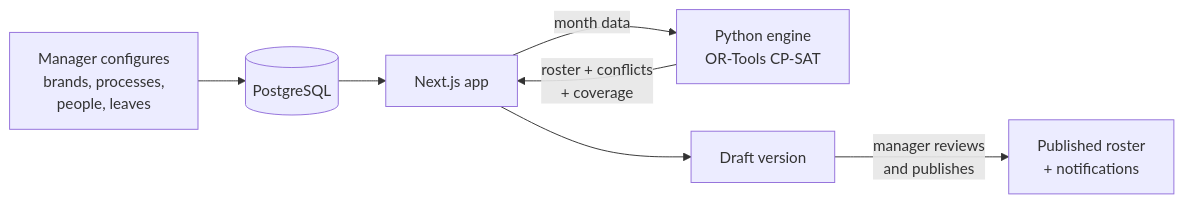
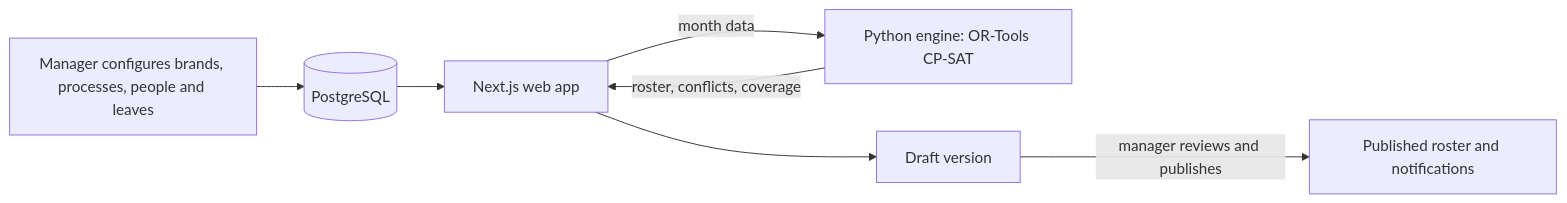
The diagram in README.md (saniyacodes06/Datastraw-Nexus), drawn with Mermaid before and after one commit. The commit also changed 6 other files, not shown here.

Commit message:
feat: add Docker and Docker Compose configuration for web and engine services

````diff
--- a/README.md
+++ b/README.md
@@ -54,9 +54,9 @@
 ```mermaid
 flowchart LR
-    A[Manager configures<br/>brands, processes,<br/>people, leaves] --> B[(PostgreSQL)]
-    B --> C[Next.js app]
-    C -- month data --> D[Python engine<br/>OR-Tools CP-SAT]
-    D -- roster + conflicts<br/>+ coverage --> C
-    C --> E[Draft version]
-    E -- manager reviews<br/>and publishes --> F[Published roster<br/>+ notifications]
+    A["Manager configures brands, processes, people and leaves"] --> B[("PostgreSQL")]
+    B --> C["Next.js web app"]
+    C -->|"month data"| D["Python engine: OR-Tools CP-SAT"]
+    D -->|"roster, conflicts, coverage"| C
+    C --> E["Draft version"]
+    E -->|"manager reviews and publishes"| F["Published roster and notifications"]
 ```
````
